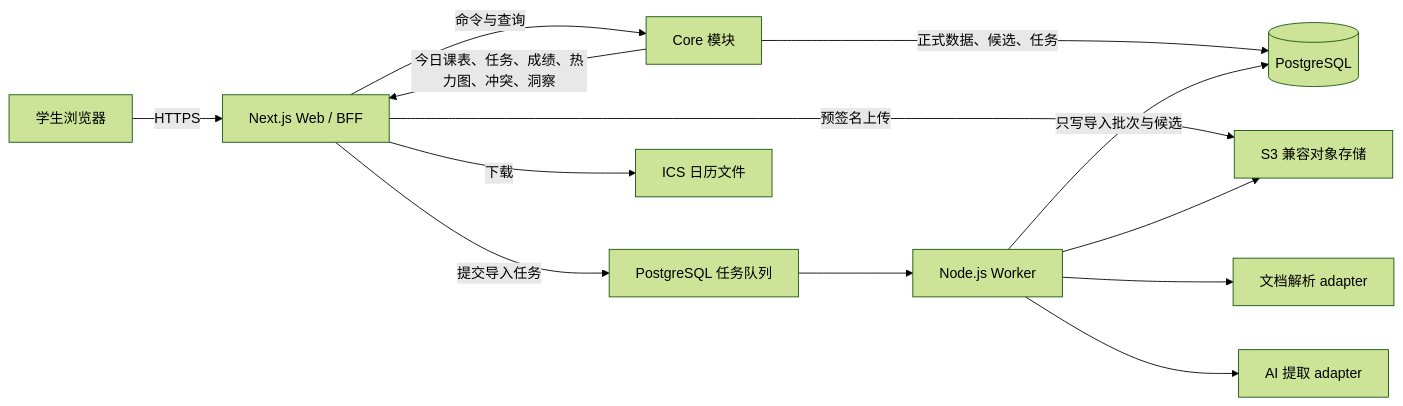
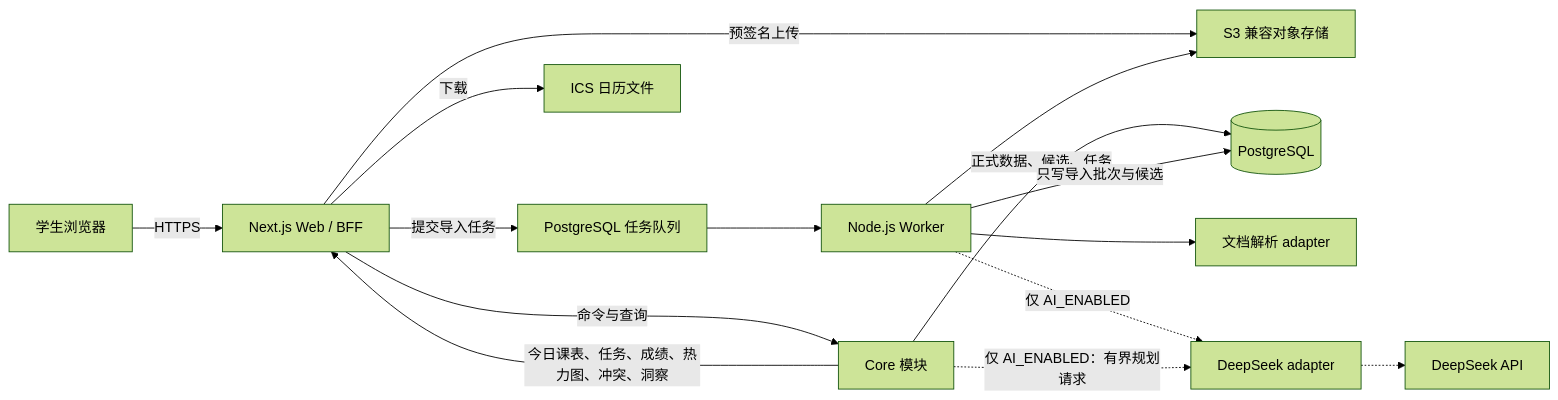
One commit to siruimei07/Course-Flow changed the first of 2 diagrams in docs/architecture/README.md. Above: the diagram before and after it, drawn with Mermaid (forest theme). The commit also changed other lines of this file and 99 other files, not shown here.

````diff
--- a/docs/architecture/README.md
+++ b/docs/architecture/README.md
@@ -19,15 +19,17 @@
 ```mermaid
 flowchart LR
     U["学生浏览器"] -->|HTTPS| W["Next.js Web / BFF"]
     W -->|命令与查询| C["Core 模块"]
     W -->|预签名上传| O["S3 兼容对象存储"]
     C -->|正式数据、候选、任务| P[(PostgreSQL)]
     W -->|提交导入任务| Q["PostgreSQL 任务队列"]
     Q --> K["Node.js Worker"]
     K --> O
     K --> X["文档解析 adapter"]
-    K --> A["AI 提取 adapter"]
+    K -.->|仅 AI_ENABLED| A["DeepSeek adapter"]
+    C -.->|仅 AI_ENABLED：有界规划请求| A
+    A -.-> D["DeepSeek API"]
     K -->|只写导入批次与候选| P
     C -->|今日课表、任务、成绩、热力图、冲突、洞察| W
     W -->|下载| I["ICS 日历文件"]
 ```
````
